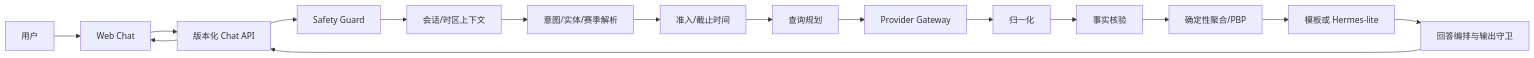
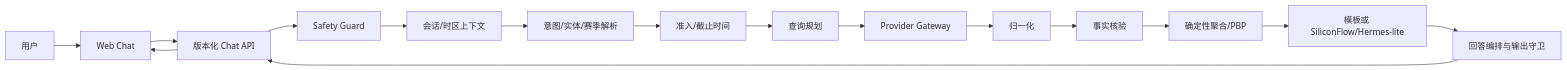
Before and after one commit to vchive/NBAAgent: the diagram in docs/solution.md, drawn with Mermaid. The commit also changed other lines of this file and 25 other files, not shown here.

Commit message:
feat: add opt-in SiliconFlow BYOK runtime

````diff
--- a/docs/solution.md
+++ b/docs/solution.md
@@ -48,18 +55,18 @@
 ```mermaid
 flowchart LR
   U[用户] --> UI[Web Chat]
   UI --> API[版本化 Chat API]
   API --> SG[Safety Guard]
   SG --> CTX[会话/时区上下文]
   CTX --> PARSE[意图/实体/赛季解析]
   PARSE --> ADM[准入/截止时间]
   ADM --> PLAN[查询规划]
   PLAN --> PG[Provider Gateway]
   PG --> NORM[归一化]
   NORM --> VERIFY[事实核验]
   VERIFY --> DERIVE[确定性聚合/PBP]
-  DERIVE --> SELECT[模板或 Hermes-lite]
+  DERIVE --> SELECT[模板或 SiliconFlow/Hermes-lite]
   SELECT --> COMPOSE[回答编排与输出守卫]
   COMPOSE --> API
   API --> UI
 ```
````
